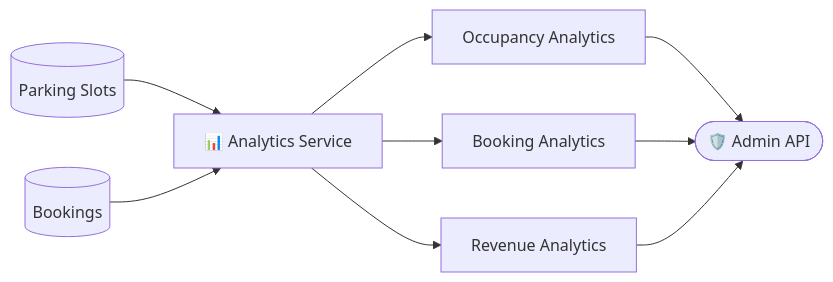
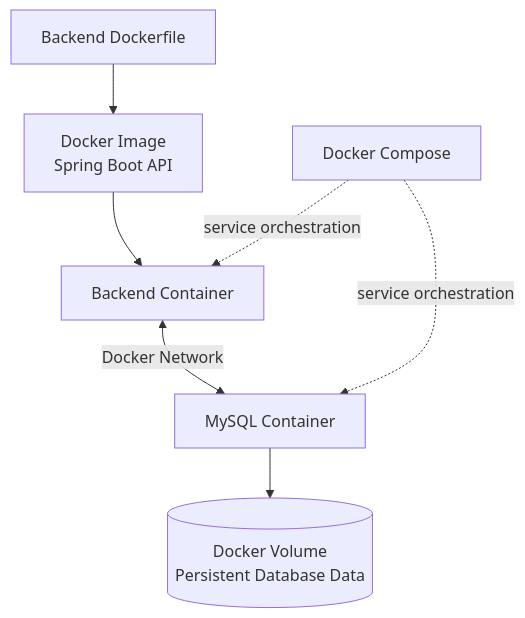
Before and after one commit to Sahil2u47/smart_parking_system: diagram 11 of 11 in README.md, drawn with Mermaid. The commit also changed other lines of this file, not shown here.

````diff
--- a/README.md
+++ b/README.md
@@ -459,11 +550,9 @@
 ```mermaid
-flowchart LR
-    A[("Parking Slots")] --> C["📊 Analytics Service"]
-    B[("Bookings")] --> C
-    C --> D["Occupancy Analytics"]
-    C --> E["Booking Analytics"]
-    C --> F["Revenue Analytics"]
-    D --> G(["🛡️ Admin API"])
-    E --> G
-    F --> G
+flowchart TB
+    A["Backend Dockerfile"] --> B["Docker Image<br/>Spring Boot API"]
+    B --> C["Backend Container"]
+    C <-->|"Docker Network"| D["MySQL Container"]
+    D --> E[("Docker Volume<br/>Persistent Database Data")]
+    F["Docker Compose"] -. "service orchestration" .-> C
+    F -. "service orchestration" .-> D
 ```
````
